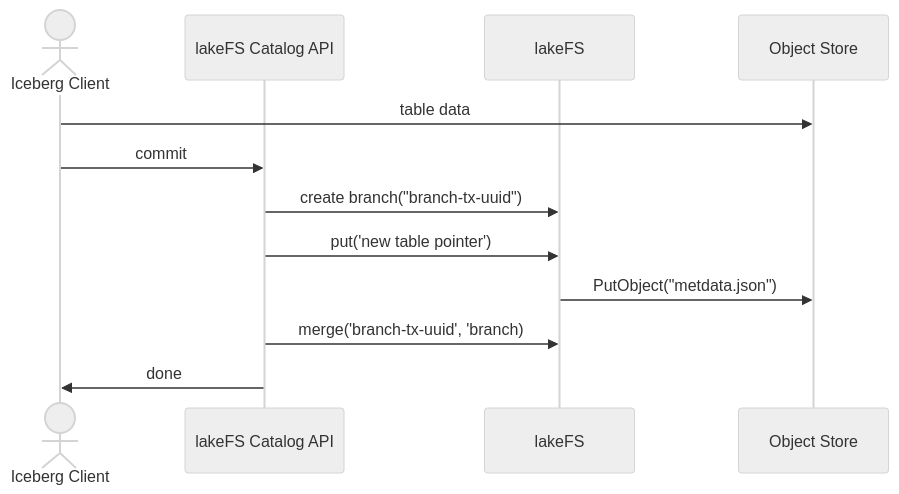
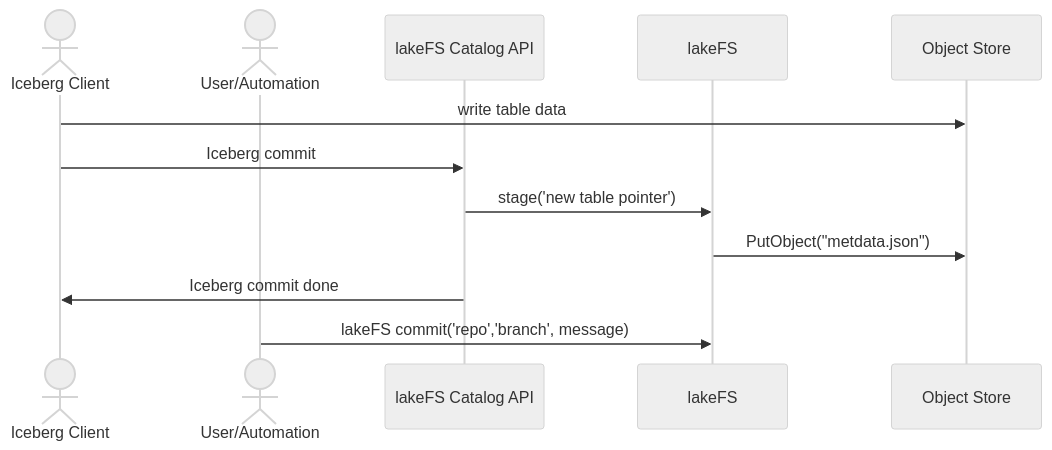
The second of 2 diagrams in docs/src/integrations/iceberg.md (treeverse/lakeFS), drawn with Mermaid (neutral theme) before and after one commit. The commit also changed other lines of this file, not shown here.

Commit message:
Update Iceberg docs to reflect commits model changes

````diff
--- a/docs/src/integrations/iceberg.md
+++ b/docs/src/integrations/iceberg.md
@@ -391,14 +396,14 @@
 ```mermaid
 sequenceDiagram
     Actor Iceberg Client
+    Actor User/Automation
     participant lakeFS Catalog API
     participant lakeFS
     participant Object Store
-    Iceberg Client->>Object Store: table data
-    Iceberg Client->>lakeFS Catalog API: commit
-    lakeFS Catalog API->>lakeFS: create branch("branch-tx-uuid")
-    lakeFS Catalog API->>lakeFS: put('new table pointer')
+    Iceberg Client->>Object Store: write table data
+    Iceberg Client->>lakeFS Catalog API: Iceberg commit
+    lakeFS Catalog API->>lakeFS: stage('new table pointer')
     lakeFS->>Object Store: PutObject("metdata.json")
-    lakeFS Catalog API->>lakeFS: merge('branch-tx-uuid', 'branch)
-    lakeFS Catalog API->>Iceberg Client: done
+    lakeFS Catalog API->>Iceberg Client: Iceberg commit done
+    User/Automation->>lakeFS: lakeFS commit('repo','branch', message)
 ```
````
